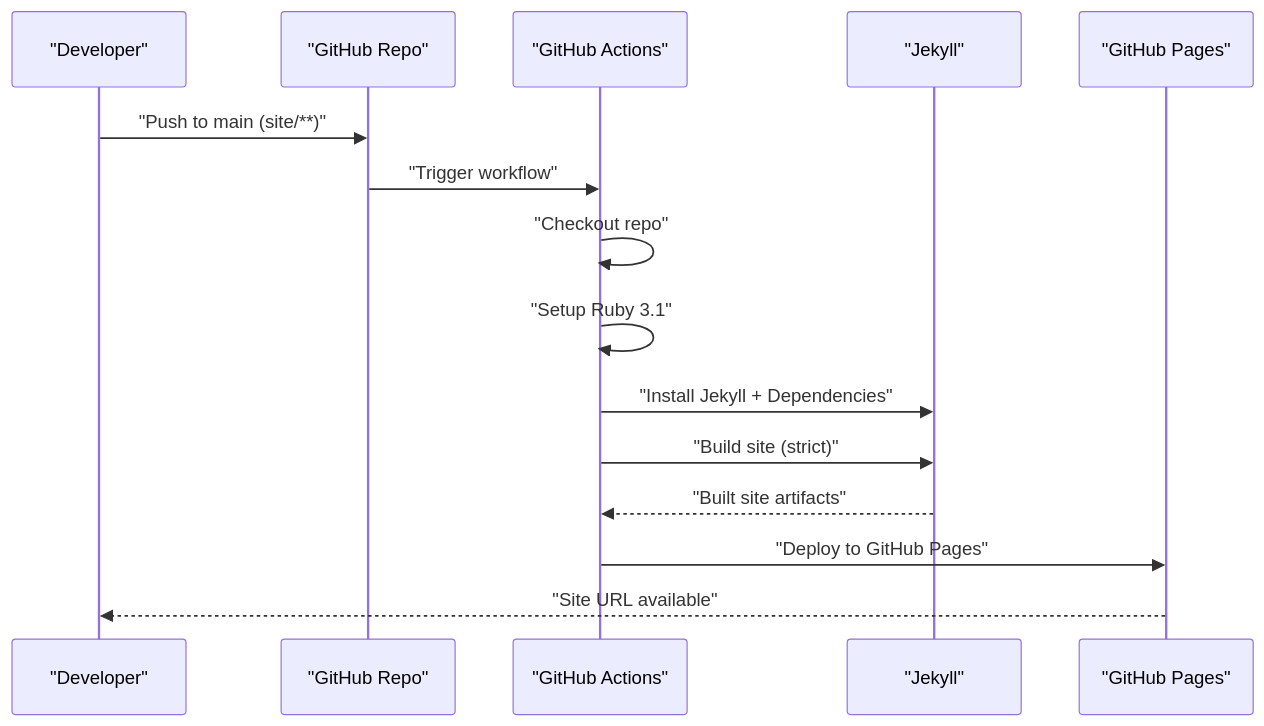
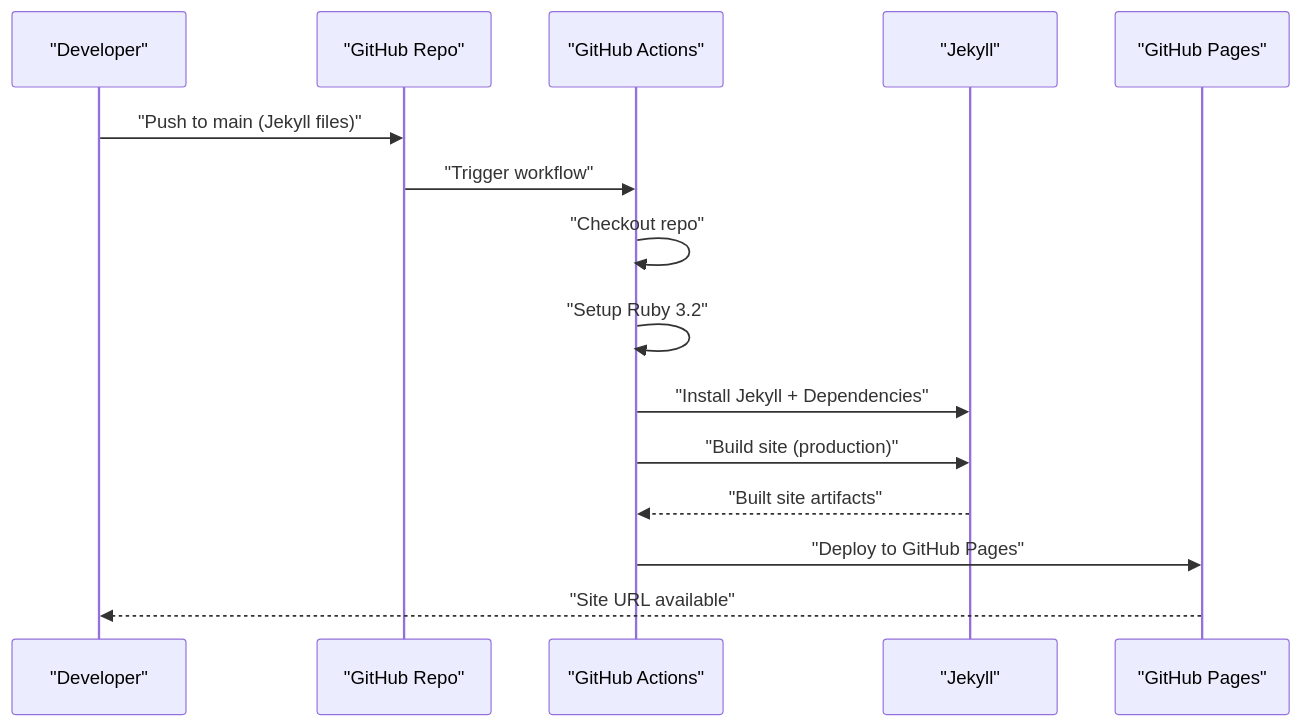
Before and after one commit to PolarisW007/PolaZhenJing: the fourth of 5 diagrams in .qoder/repowiki/en/content/Deployment and DevOps.md, drawn with Mermaid. The commit also changed other lines of this file and 12 other files, not shown here.

````diff
--- a/.qoder/repowiki/en/content/Deployment and DevOps.md
+++ b/.qoder/repowiki/en/content/Deployment and DevOps.md
@@ -229,17 +257,17 @@
 ```mermaid
 sequenceDiagram
 participant Dev as "Developer"
 participant GH as "GitHub Repo"
 participant GA as "GitHub Actions"
 participant JEKYLL as "Jekyll"
 participant GP as "GitHub Pages"
-Dev->>GH : "Push to main (site/**)"
+Dev->>GH : "Push to main (Jekyll files)"
 GH->>GA : "Trigger workflow"
 GA->>GA : "Checkout repo"
-GA->>GA : "Setup Ruby 3.1"
+GA->>GA : "Setup Ruby 3.2"
 GA->>JEKYLL : "Install Jekyll + Dependencies"
-GA->>JEKYLL : "Build site (strict)"
+GA->>JEKYLL : "Build site (production)"
 JEKYLL-->>GA : "Built site artifacts"
 GA->>GP : "Deploy to GitHub Pages"
 GP-->>Dev : "Site URL available"
 ```
````
